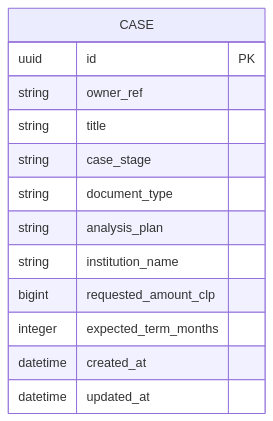
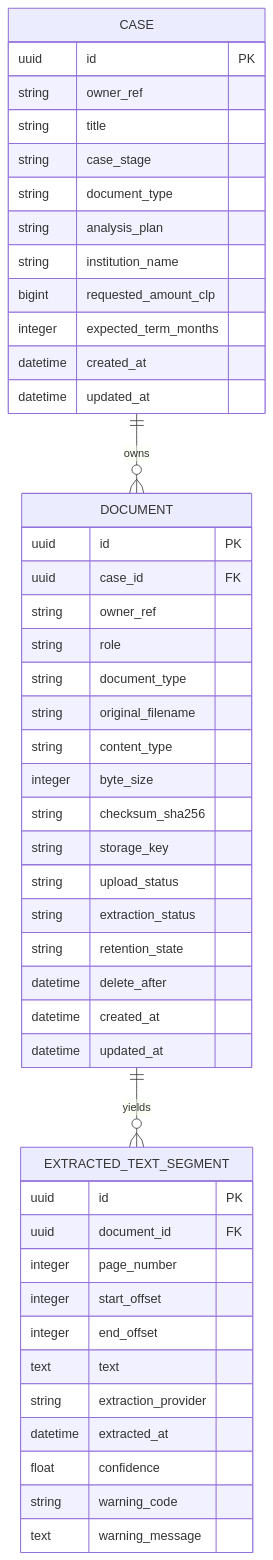
The diagram in docs/architecture.md (Brownbull/nmkgn), drawn with Mermaid before and after one commit. The commit also changed other lines of this file and 20 other files, not shown here.

First line of the commit message:
feat(storage): add document and extraction schema with provenance-ready storage contract

````diff
--- a/docs/architecture.md
+++ b/docs/architecture.md
@@ -23,16 +24,52 @@
 ```mermaid
 erDiagram
+  CASE ||--o{ DOCUMENT : owns
+  DOCUMENT ||--o{ EXTRACTED_TEXT_SEGMENT : yields
+
   CASE {
     uuid id PK
     string owner_ref
     string title
     string case_stage
     string document_type
     string analysis_plan
     string institution_name
     bigint requested_amount_clp
     integer expected_term_months
     datetime created_at
     datetime updated_at
   }
+
+  DOCUMENT {
+    uuid id PK
+    uuid case_id FK
+    string owner_ref
+    string role
+    string document_type
+    string original_filename
+    string content_type
+    integer byte_size
+    string checksum_sha256
+    string storage_key
+    string upload_status
+    string extraction_status
+    string retention_state
+    datetime delete_after
+    datetime created_at
+    datetime updated_at
+  }
+
+  EXTRACTED_TEXT_SEGMENT {
+    uuid id PK
+    uuid document_id FK
+    integer page_number
+    integer start_offset
+    integer end_offset
+    text text
+    string extraction_provider
+    datetime extracted_at
+    float confidence
+    string warning_code
+    text warning_message
+  }
 ```
````
